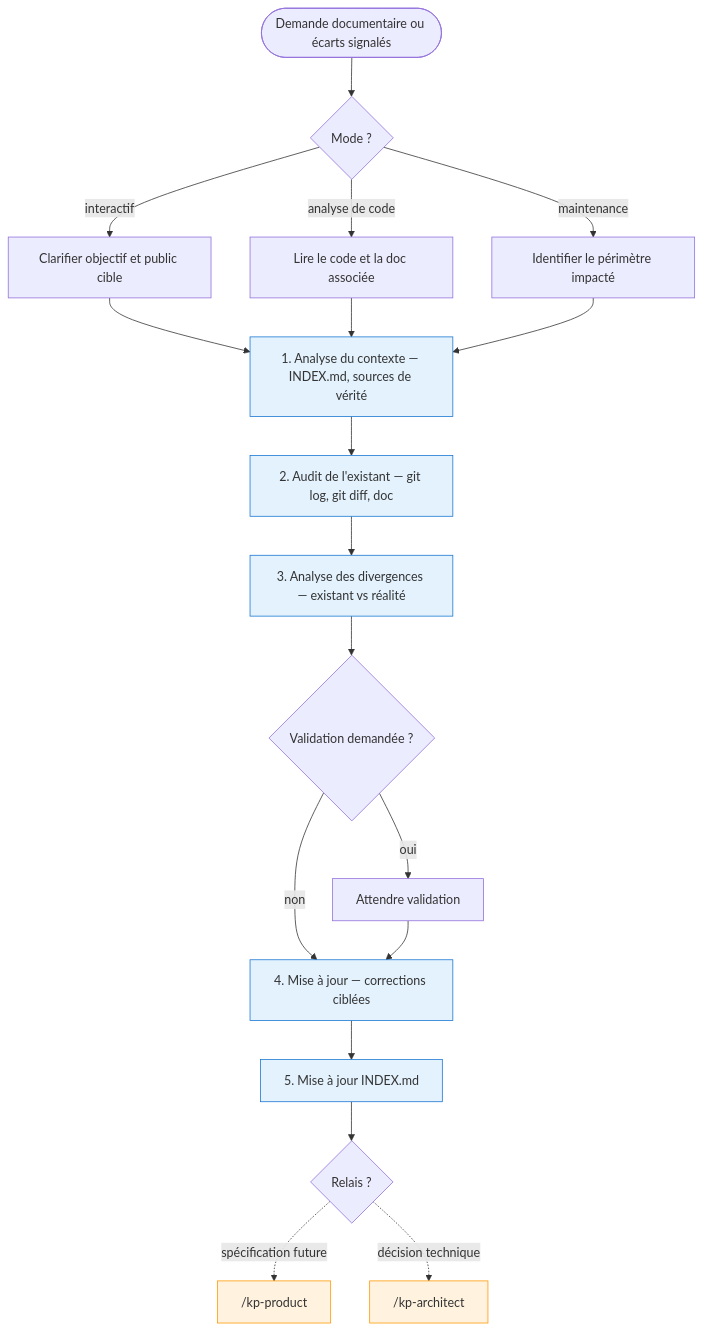
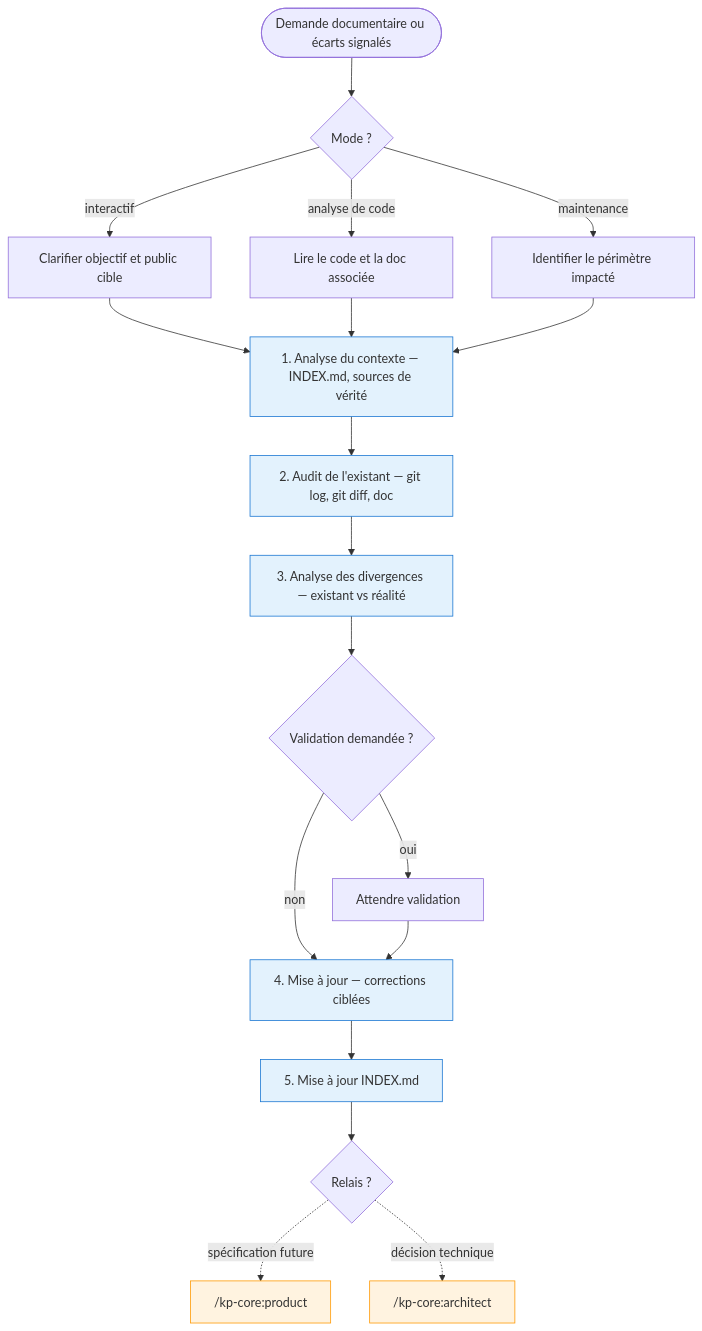
The seventh of 8 diagrams in docs/agents.md (KeyProd/kp-agents), drawn with Mermaid before and after one commit. The commit also changed other lines of this file and 3 other files, not shown here.

First line of the commit message:
feat(S-0002): update documentation to reflect plugin marketplace architecture

````diff
--- a/docs/agents.md
+++ b/docs/agents.md
@@ -349,38 +322,38 @@
 ```mermaid
 flowchart TD
     START([Demande documentaire ou écarts signalés]) --> MODE{Mode ?}
     MODE -->|interactif| CLARIFY[Clarifier objectif et public cible]
     MODE -->|analyse de code| READ_CODE[Lire le code et la doc associée]
     MODE -->|maintenance| SCOPE[Identifier le périmètre impacté]
     CLARIFY --> ANALYSE
     READ_CODE --> ANALYSE
     SCOPE --> ANALYSE
 
     ANALYSE[1. Analyse du contexte — INDEX.md, sources de vérité]
     ANALYSE --> AUDIT
 
     AUDIT[2. Audit de l'existant — git log, git diff, doc]
     AUDIT --> DIVERGENCES
 
     DIVERGENCES[3. Analyse des divergences — existant vs réalité]
     DIVERGENCES --> STOP_V{Validation demandée ?}
     STOP_V -->|oui| WAIT[Attendre validation]
     STOP_V -->|non| MAJ
     WAIT --> MAJ
 
     MAJ[4. Mise à jour — corrections ciblées]
     MAJ --> INDEX[5. Mise à jour INDEX.md]
     INDEX --> OUT
 
     OUT{Relais ?}
-    OUT -.->|spécification future| PRODUCT["/kp-product"]
-    OUT -.->|décision technique| ARCHITECT["/kp-architect"]
+    OUT -.->|spécification future| PRODUCT["/kp-core:product"]
+    OUT -.->|décision technique| ARCHITECT["/kp-core:architect"]
 
     style ANALYSE fill:#e3f2fd,stroke:#1976D2
     style AUDIT fill:#e3f2fd,stroke:#1976D2
     style DIVERGENCES fill:#e3f2fd,stroke:#1976D2
     style MAJ fill:#e3f2fd,stroke:#1976D2
     style INDEX fill:#e3f2fd,stroke:#1976D2
     style PRODUCT fill:#fff3e0,stroke:#FF9800
     style ARCHITECT fill:#fff3e0,stroke:#FF9800
 ```
````
